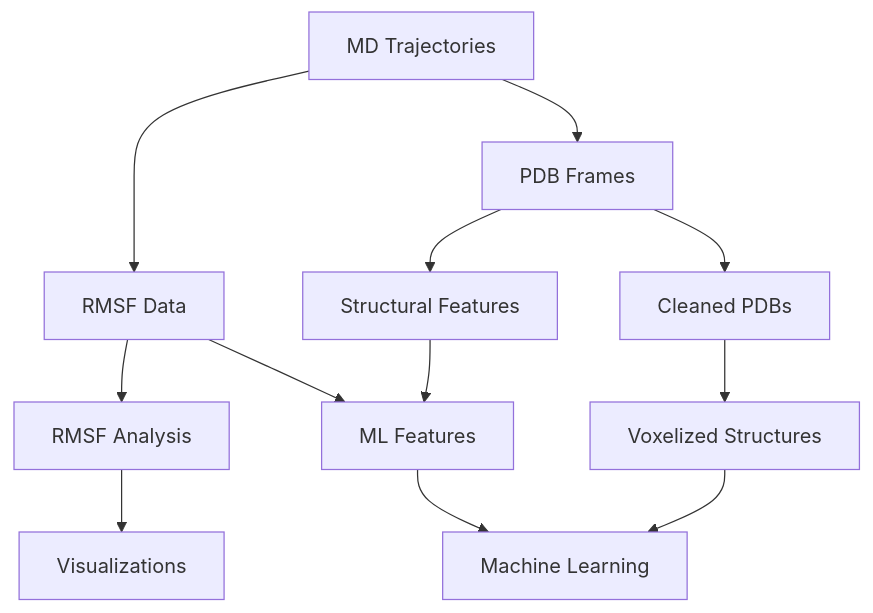
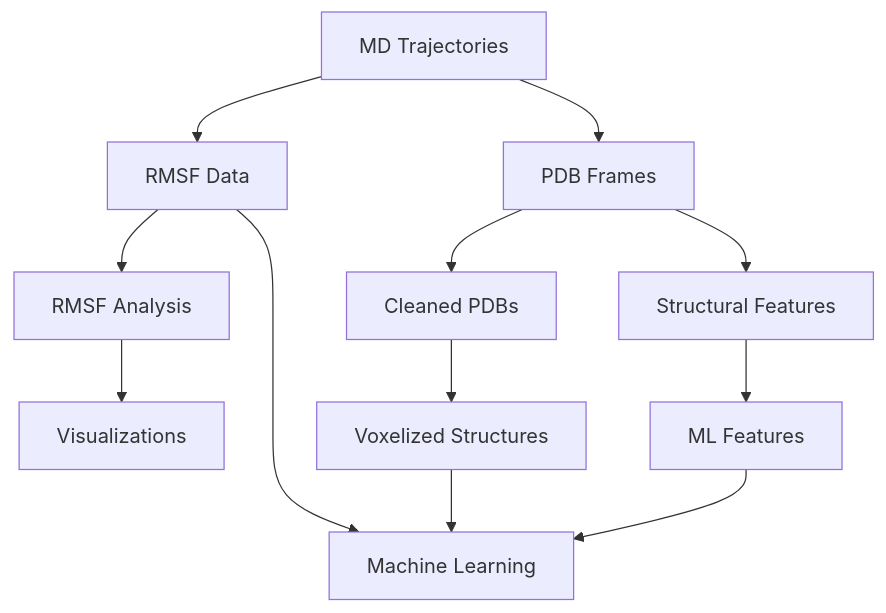
Before and after one commit to Felixburton7/drWiggle: the diagram in README.md, drawn with Mermaid.

````diff
--- a/README.md
+++ b/README.md
@@ -236,14 +236,14 @@
 ```mermaid
 graph TD
     A[MD Trajectories] --> B[RMSF Data]
     A --> C[PDB Frames]
     C --> D[Cleaned PDBs]
     D --> E[Voxelized Structures]
     B --> F[RMSF Analysis]
     C --> G[Structural Features]
-    B --> H[ML Features]
-    G --> H
+    B --> J
+    G --> H[ML Features]
     F --> I[Visualizations]
     H --> J[Machine Learning]
     E --> J
 ```
````
